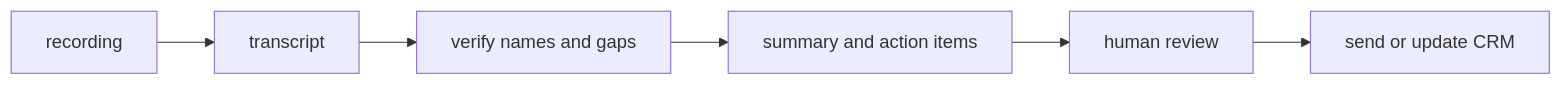
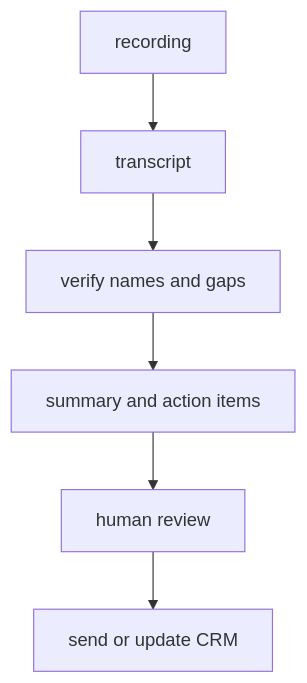
The diagram in docs/mintlify/docs-mintlify-mig-tmp/meeting-follow-up.mdx (abhinavk0714/korero-screenpipe), drawn with Mermaid before and after one commit. The commit also changed 21 other files, not shown here.

````diff
--- a/docs/mintlify/docs-mintlify-mig-tmp/meeting-follow-up.mdx
+++ b/docs/mintlify/docs-mintlify-mig-tmp/meeting-follow-up.mdx
@@ -14,8 +14,8 @@
 ```mermaid
-flowchart LR
+flowchart TD
     A["recording"] --> B["transcript"]
     B --> C["verify names and gaps"]
     C --> D["summary and action items"]
     D --> E["human review"]
     E --> F["send or update CRM"]
 ```
````
